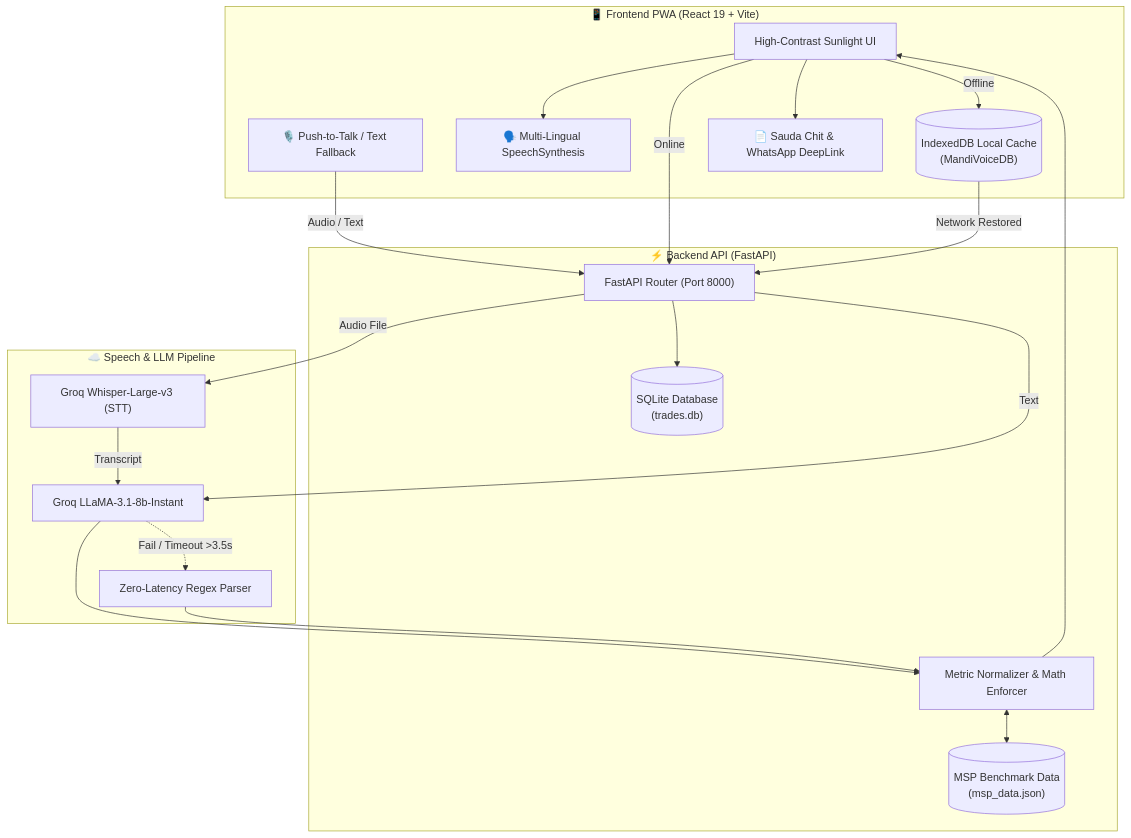
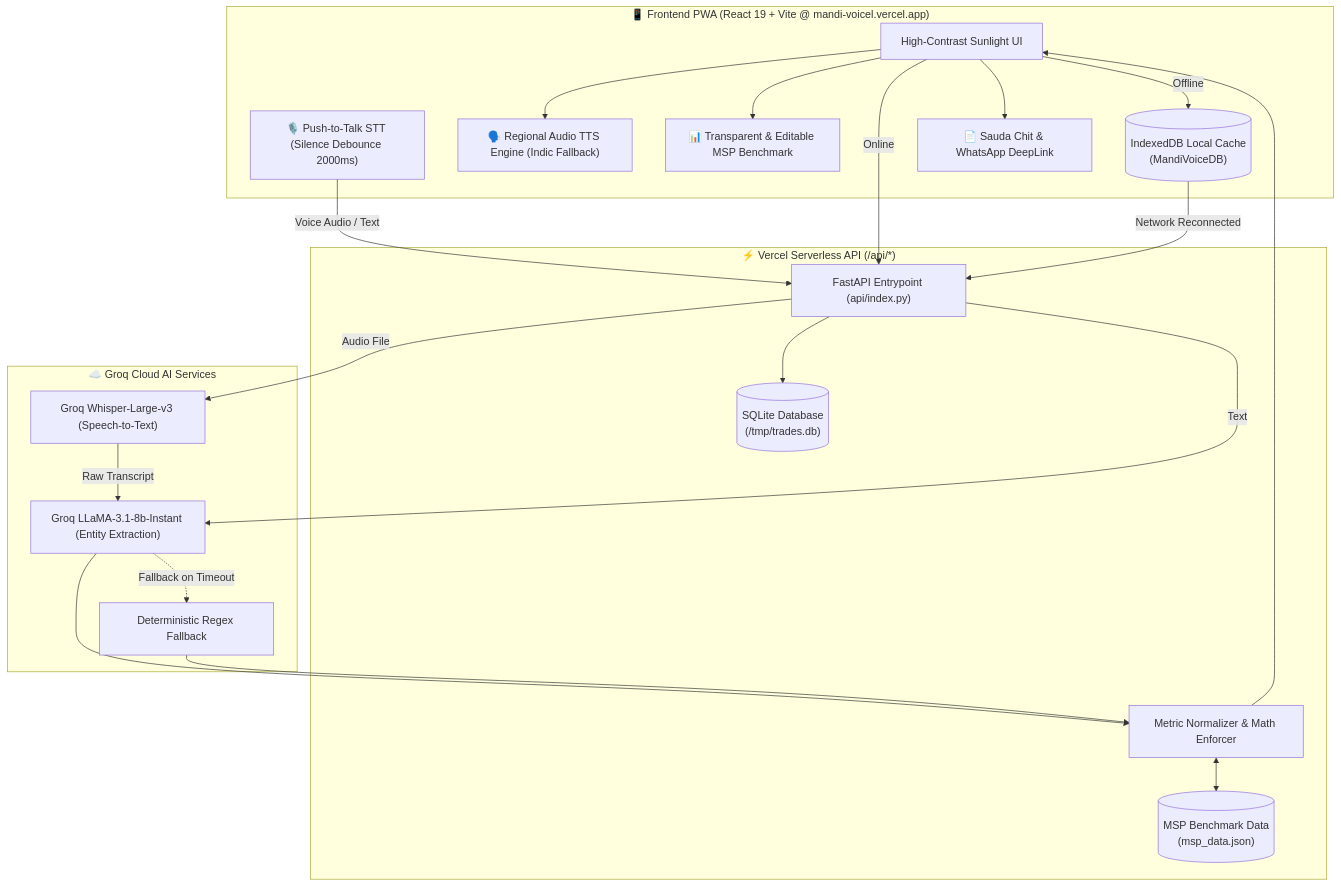
One commit to dnyanu0909/MandiVoice changed the diagram in README.md. Above: the diagram before and after it, drawn with Mermaid. The commit also changed other lines of this file, not shown here.

Commit message:
docs: update README with live Vercel URL and latest feature additions

````diff
--- a/README.md
+++ b/README.md
@@ -84,39 +95,41 @@
 ```mermaid
 flowchart TD
-    subgraph Client["📱 Frontend PWA (React 19 + Vite)"]
+    subgraph Client["📱 Frontend PWA (React 19 + Vite @ mandi-voicel.vercel.app)"]
         UI["High-Contrast Sunlight UI"]
-        Mic["🎙️ Push-to-Talk / Text Fallback"]
-        TTS["🗣️ Multi-Lingual SpeechSynthesis"]
+        Mic["🎙️ Push-to-Talk STT (Silence Debounce 2000ms)"]
+        TTS["🗣️ Regional Audio TTS Engine (Indic Fallback)"]
+        MSPBadge["📊 Transparent & Editable MSP Benchmark"]
         IDB[("IndexedDB Local Cache\n(MandiVoiceDB)")]
         Slip["📄 Sauda Chit & WhatsApp DeepLink"]
     end
 
-    subgraph Backend["⚡ Backend API (FastAPI)"]
-        Router["FastAPI Router (Port 8000)"]
+    subgraph Serverless["⚡ Vercel Serverless API (/api/*)"]
+        Router["FastAPI Entrypoint (api/index.py)"]
         Norm["Metric Normalizer & Math Enforcer"]
         MSPDB[("MSP Benchmark Data\n(msp_data.json)")]
-        SQLite[("SQLite Database\n(trades.db)")]
+        SQLite[("SQLite Database\n(/tmp/trades.db)")]
     end
 
-    subgraph AI["☁️ Speech & LLM Pipeline"]
-        Whisper["Groq Whisper-Large-v3 (STT)"]
-        LLM["Groq LLaMA-3.1-8b-Instant"]
-        Fallback["Zero-Latency Regex Parser"]
+    subgraph AI["☁️ Groq Cloud AI Services"]
+        Whisper["Groq Whisper-Large-v3 (Speech-to-Text)"]
+        LLM["Groq LLaMA-3.1-8b-Instant (Entity Extraction)"]
+        Fallback["Deterministic Regex Fallback"]
     end
 
-    Mic -->|Audio / Text| Router
+    Mic -->|Voice Audio / Text| Router
     Router -->|Audio File| Whisper
-    Whisper -->|Transcript| LLM
+    Whisper -->|Raw Transcript| LLM
     Router -->|Text| LLM
-    LLM -.->|Fail / Timeout >3.5s| Fallback
+    LLM -.->|Fallback on Timeout| Fallback
     LLM --> Norm
     Fallback --> Norm
     Norm <--> MSPDB
     Norm --> UI
+    UI --> MSPBadge
     UI --> TTS
     UI -->|Online| Router
     UI -->|Offline| IDB
-    IDB -->|Network Restored| Router
+    IDB -->|Network Reconnected| Router
     Router --> SQLite
     UI --> Slip
 ```
````
